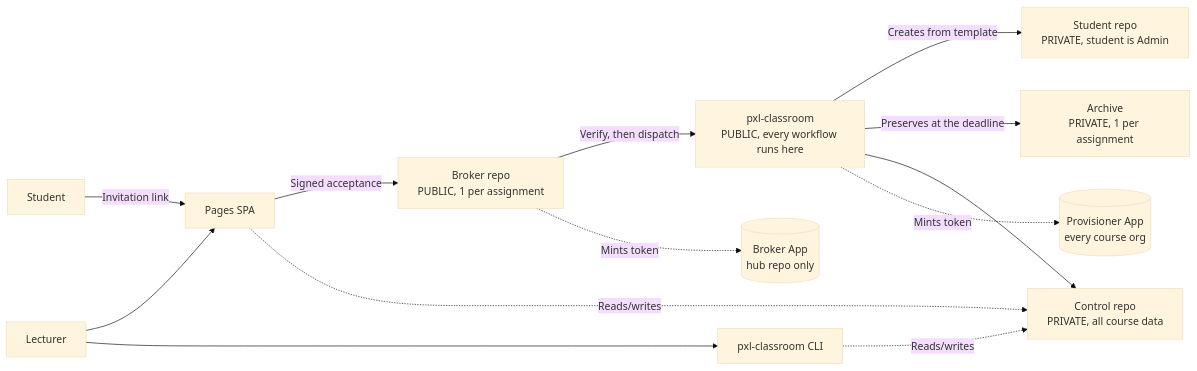
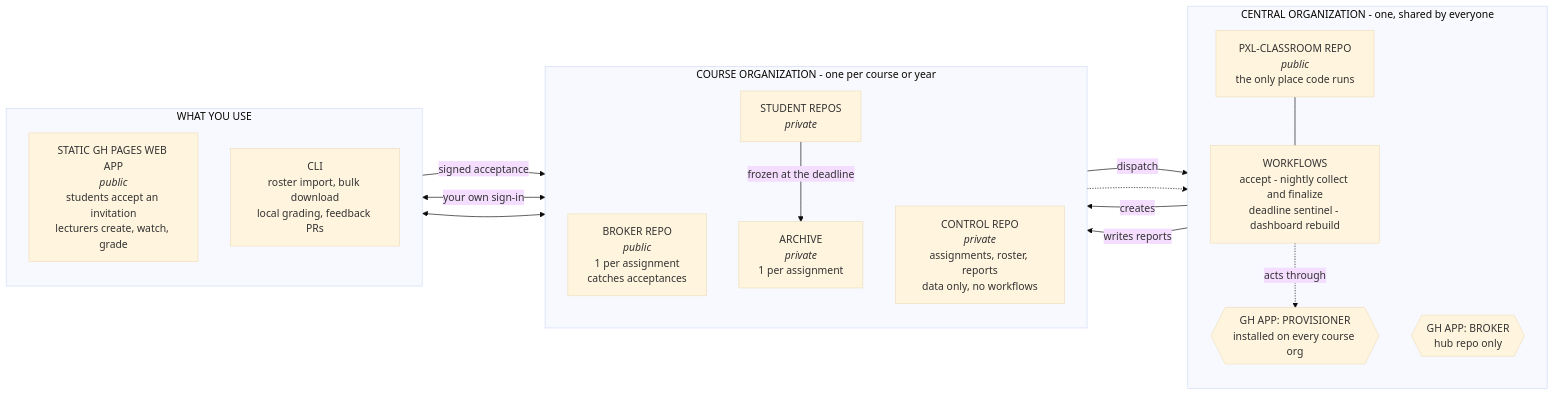
One commit to PXL-Digital-Application-Samples/pxl-classroom changed the second of 2 diagrams in README.md. Above: the diagram before and after it, drawn with Mermaid (base theme). The commit also changed other lines of this file, not shown here.

````diff
--- a/README.md
+++ b/README.md
@@ -142,19 +168,35 @@
 ```mermaid
-graph LR
-    Student[Student] -->|Invitation link| SPA[Pages SPA]
-    Lecturer[Lecturer] --> SPA
-    Lecturer --> CLI[pxl-classroom CLI]
+flowchart LR
+    subgraph You["WHAT YOU USE"]
+        direction TB
+        WebApp["STATIC GH PAGES WEB APP<br/><i>public</i><br/>students accept an invitation<br/>lecturers create, watch, grade"]
+        CLI["CLI<br/>roster import, bulk download<br/>local grading, feedback PRs"]
+    end
 
-    SPA -->|Signed acceptance| Broker["Broker repo<br/>PUBLIC, 1 per assignment"]
-    Broker -->|Verify, then dispatch| Hub["pxl-classroom<br/>PUBLIC, every workflow runs here"]
+    subgraph Central["CENTRAL ORGANIZATION - one, shared by everyone"]
+        direction TB
+        Hub["PXL-CLASSROOM REPO<br/><i>public</i><br/>the only place code runs"]
+        Flows["WORKFLOWS<br/>accept - nightly collect and finalize<br/>deadline sentinel - dashboard rebuild"]
+        Prov{{"GH APP: PROVISIONER<br/>installed on every course org"}}
+        Brok{{"GH APP: BROKER<br/>hub repo only"}}
+        Hub --- Flows
+        Flows -.acts through.-> Prov
+    end
 
-    Hub -->|Creates from template| StudentRepo["Student repo<br/>PRIVATE, student is Admin"]
-    Hub -->|Preserves at the deadline| Archive["Archive<br/>PRIVATE, 1 per assignment"]
-    Hub --> Control["Control repo<br/>PRIVATE, all course data"]
+    subgraph Course["COURSE ORGANIZATION - one per course or year"]
+        direction TB
+        BrokerRepo["BROKER REPO<br/><i>public</i><br/>1 per assignment<br/>catches acceptances"]
+        Control["CONTROL REPO<br/><i>private</i><br/>assignments, roster, reports<br/>data only, no workflows"]
+        Student["STUDENT REPOS<br/><i>private</i>"]
+        Archive["ARCHIVE<br/><i>private</i><br/>1 per assignment"]
+        Student -->|"frozen at the deadline"| Archive
+    end
 
-    SPA -.Reads/writes.-> Control
-    CLI -.Reads/writes.-> Control
-
-    Broker -.Mints token.-> BrokerApp[("Broker App<br/>hub repo only")]
-    Hub -.Mints token.-> ProvApp[("Provisioner App<br/>every course org")]
+    WebApp -->|"signed acceptance"| BrokerRepo
+    BrokerRepo -->|"dispatch"| Flows
+    BrokerRepo -.-> Brok
+    Flows -->|"creates"| Student
+    Flows -->|"writes reports"| Control
+    WebApp <-->|"your own sign-in"| Control
+    CLI <--> Control
 ```
````
